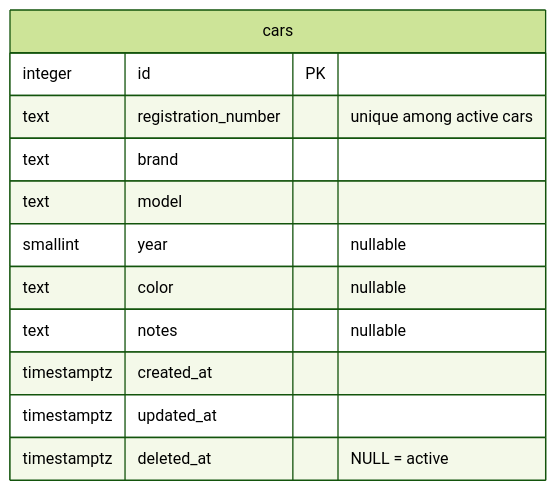
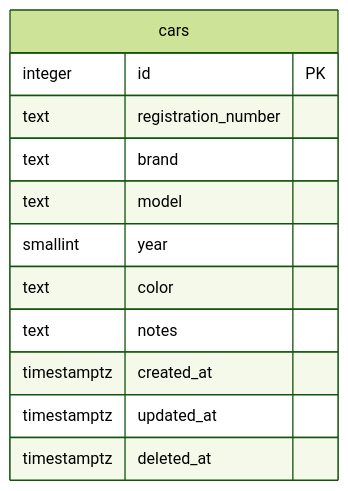
One commit to nattawut-wp/car-management changed the diagram in README.md. Above: the diagram before and after it, drawn with Mermaid (forest theme). The commit also changed other lines of this file, not shown here.

````diff
--- a/README.md
+++ b/README.md
@@ -144,15 +103,15 @@
 ```mermaid
 erDiagram
     cars {
         integer id PK
-        text registration_number "unique among active cars"
+        text registration_number
         text brand
         text model
-        smallint year "nullable"
-        text color "nullable"
-        text notes "nullable"
+        smallint year
+        text color
+        text notes
         timestamptz created_at
         timestamptz updated_at
-        timestamptz deleted_at "NULL = active"
+        timestamptz deleted_at
     }
 ```
````
